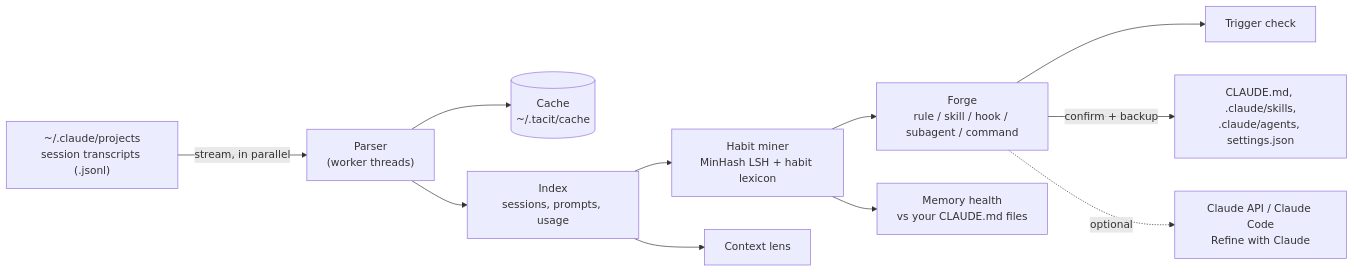
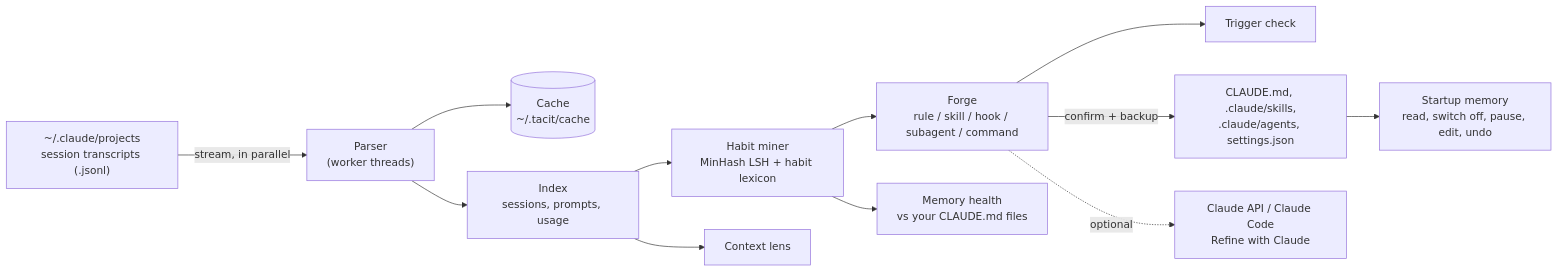
Before and after one commit to abuhuraira99/tacit: the diagram in README.md, drawn with Mermaid. The commit also changed other lines of this file and 16 other files, not shown here.

First line of the commit message:
Add Startup memory: see and control what every new chat starts with

````diff
--- a/README.md
+++ b/README.md
@@ -98,13 +102,14 @@
 ```mermaid
 flowchart LR
     A["~/.claude/projects<br/>session transcripts (.jsonl)"] -->|stream, in parallel| B["Parser<br/>(worker threads)"]
     B --> C[("Cache<br/>~/.tacit/cache")]
     B --> D["Index<br/>sessions, prompts, usage"]
     D --> E["Habit miner<br/>MinHash LSH + habit lexicon"]
     D --> F["Context lens"]
     E --> G["Forge<br/>rule / skill / hook / subagent / command"]
     G --> H["Trigger check"]
     G -->|confirm + backup| I["CLAUDE.md, .claude/skills,<br/>.claude/agents, settings.json"]
     E --> J["Memory health<br/>vs your CLAUDE.md files"]
+    I --> L["Startup memory<br/>read, switch off, pause, edit, undo"]
     G -.->|optional| K["Claude API / Claude Code<br/>Refine with Claude"]
 ```
````
